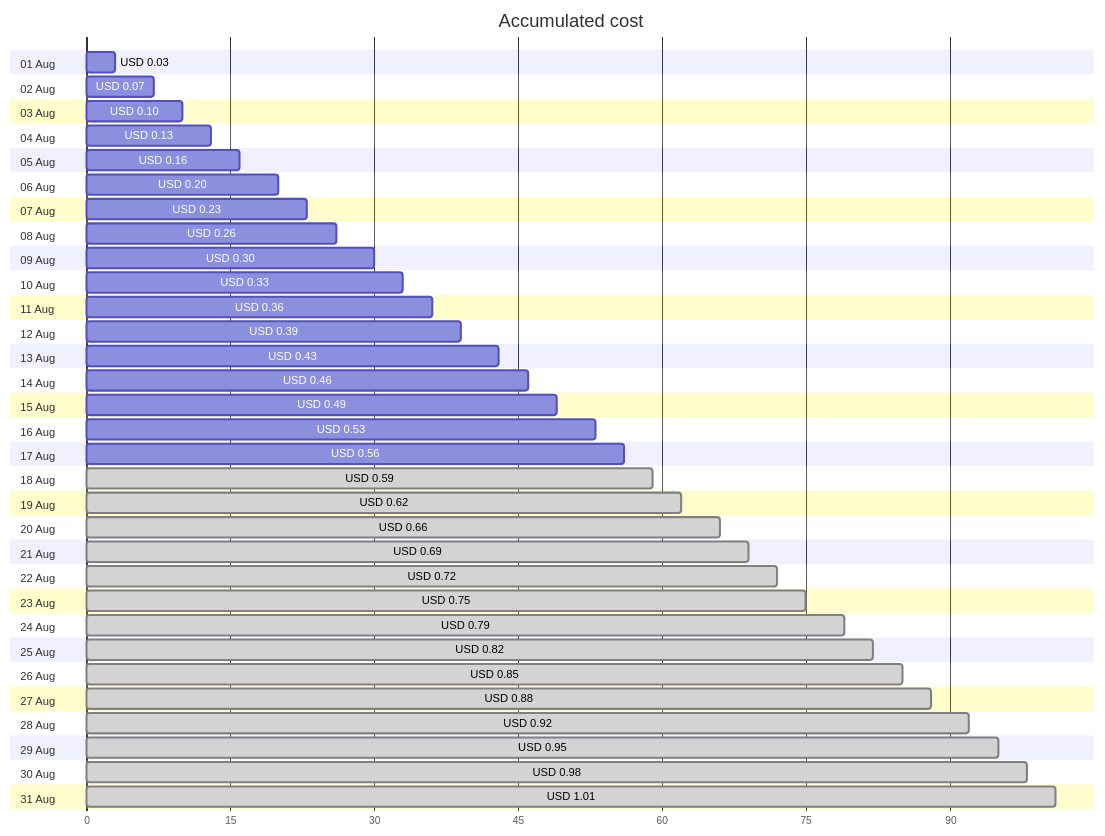
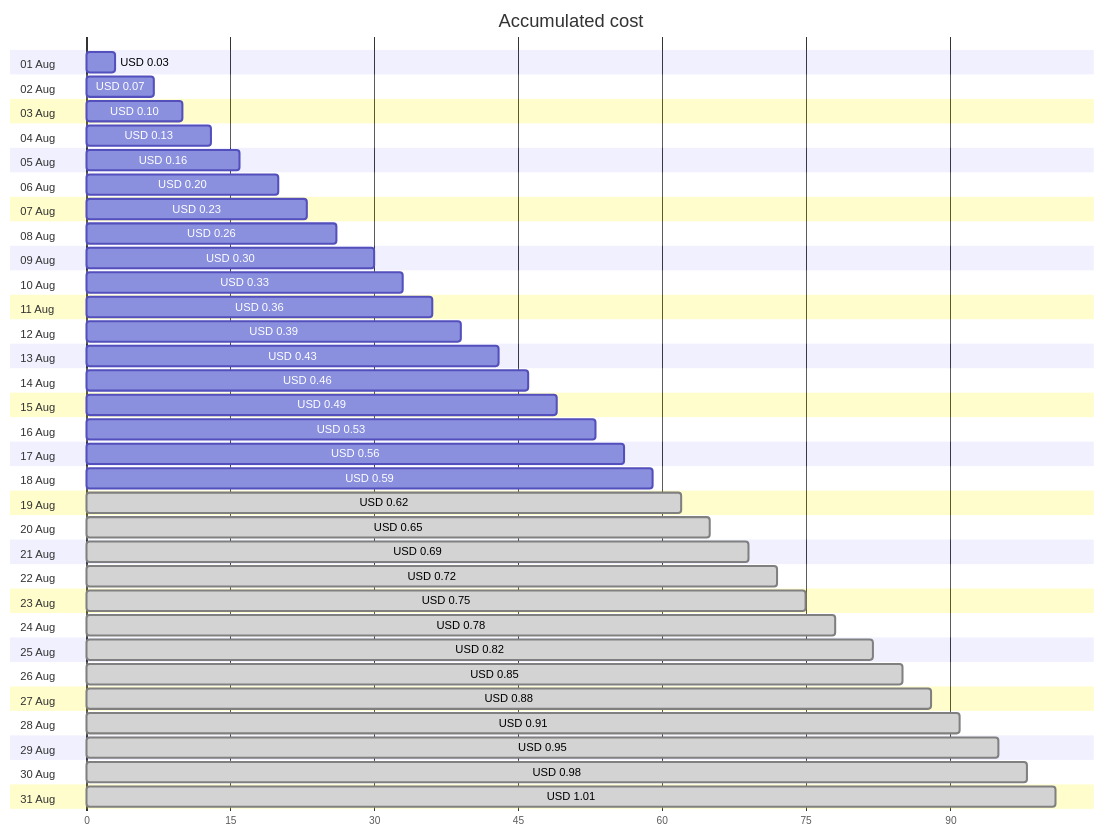
One commit to jpfulton/azure-personal-reports changed the first of 4 diagrams in cost-reports/personal-dns/README.md. Above: the diagram before and after it, drawn with Mermaid. The commit also changed other lines of this file and 2 other files, not shown here.

````diff
--- a/cost-reports/personal-dns/README.md
+++ b/cost-reports/personal-dns/README.md
@@ -20,68 +20,68 @@
 ```mermaid
 gantt
    title Accumulated cost
    dateFormat  X
    axisFormat %s
    section 01 Aug
    USD 0.03 :0, 3
    section 02 Aug
    USD 0.07 :0, 7
    section 03 Aug
    USD 0.10 :0, 10
    section 04 Aug
    USD 0.13 :0, 13
    section 05 Aug
    USD 0.16 :0, 16
    section 06 Aug
    USD 0.20 :0, 20
    section 07 Aug
    USD 0.23 :0, 23
    section 08 Aug
    USD 0.26 :0, 26
    section 09 Aug
    USD 0.30 :0, 30
    section 10 Aug
    USD 0.33 :0, 33
    section 11 Aug
    USD 0.36 :0, 36
    section 12 Aug
    USD 0.39 :0, 39
    section 13 Aug
    USD 0.43 :0, 43
    section 14 Aug
    USD 0.46 :0, 46
    section 15 Aug
    USD 0.49 :0, 49
    section 16 Aug
    USD 0.53 :0, 53
    section 17 Aug
    USD 0.56 :0, 56
    section 18 Aug
-   USD 0.59 : done, 0, 59
+   USD 0.59 :0, 59
    section 19 Aug
    USD 0.62 : done, 0, 62
    section 20 Aug
-   USD 0.66 : done, 0, 66
+   USD 0.65 : done, 0, 65
    section 21 Aug
    USD 0.69 : done, 0, 69
    section 22 Aug
    USD 0.72 : done, 0, 72
    section 23 Aug
    USD 0.75 : done, 0, 75
    section 24 Aug
-   USD 0.79 : done, 0, 79
+   USD 0.78 : done, 0, 78
    section 25 Aug
    USD 0.82 : done, 0, 82
    section 26 Aug
    USD 0.85 : done, 0, 85
    section 27 Aug
    USD 0.88 : done, 0, 88
    section 28 Aug
-   USD 0.92 : done, 0, 92
+   USD 0.91 : done, 0, 91
    section 29 Aug
    USD 0.95 : done, 0, 95
    section 30 Aug
    USD 0.98 : done, 0, 98
    section 31 Aug
    USD 1.01 : done, 0, 101
 ```
````
